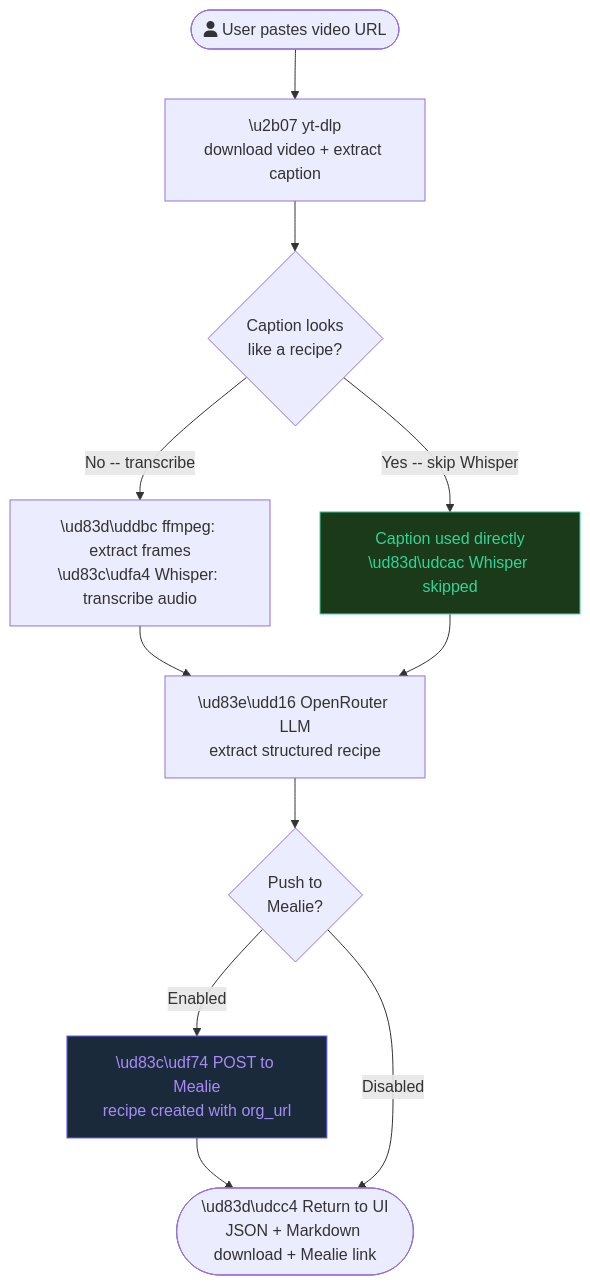
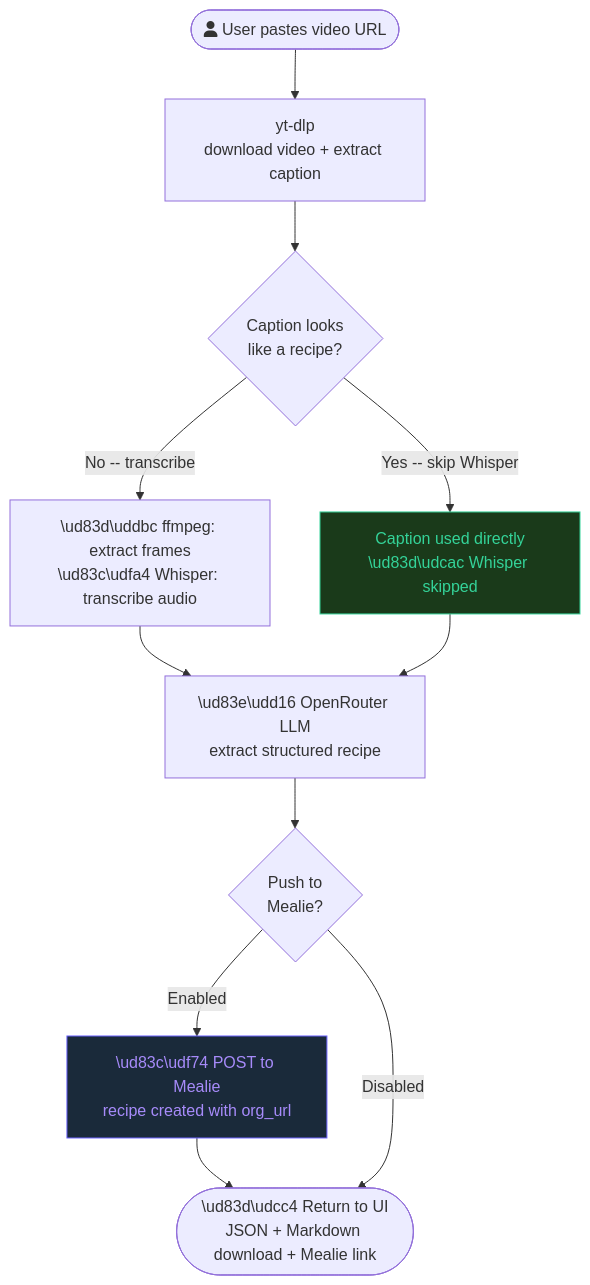
The first of 2 diagrams in README.md (leshicodes/SousVid), drawn with Mermaid before and after one commit.

Commit message:
formatting

````diff
--- a/README.md
+++ b/README.md
@@ -11,25 +11,25 @@
 ```mermaid
 flowchart TD
     A(["fa:fa-user User pastes video URL"])
-    B["\u2b07 yt-dlp\ndownload video + extract caption"]
+    B["yt-dlp\ndownload video + extract caption"]
     C{"Caption looks\nlike a recipe?"}
     D["\ud83d\uddbc ffmpeg: extract frames\n\ud83c\udfa4 Whisper: transcribe audio"]
     E["Caption used directly\n\ud83d\udcac Whisper skipped"]
     F["\ud83e\udd16 OpenRouter LLM\nextract structured recipe"]
     G{"Push to\nMealie?"}
     H["\ud83c\udf74 POST to Mealie\nrecipe created with org_url"]
     I(["\ud83d\udcc4 Return to UI\nJSON + Markdown download + Mealie link"])
 
     A --> B
     B --> C
     C -->|"No -- transcribe"| D
     C -->|"Yes -- skip Whisper"| E
     D --> F
     E --> F
     F --> G
     G -->|"Enabled"| H --> I
     G -->|"Disabled"| I
 
     style E fill:#1a3a1a,stroke:#34d399,color:#34d399
     style H fill:#1a2a3a,stroke:#6c63ff,color:#a78bfa
 ```
````
